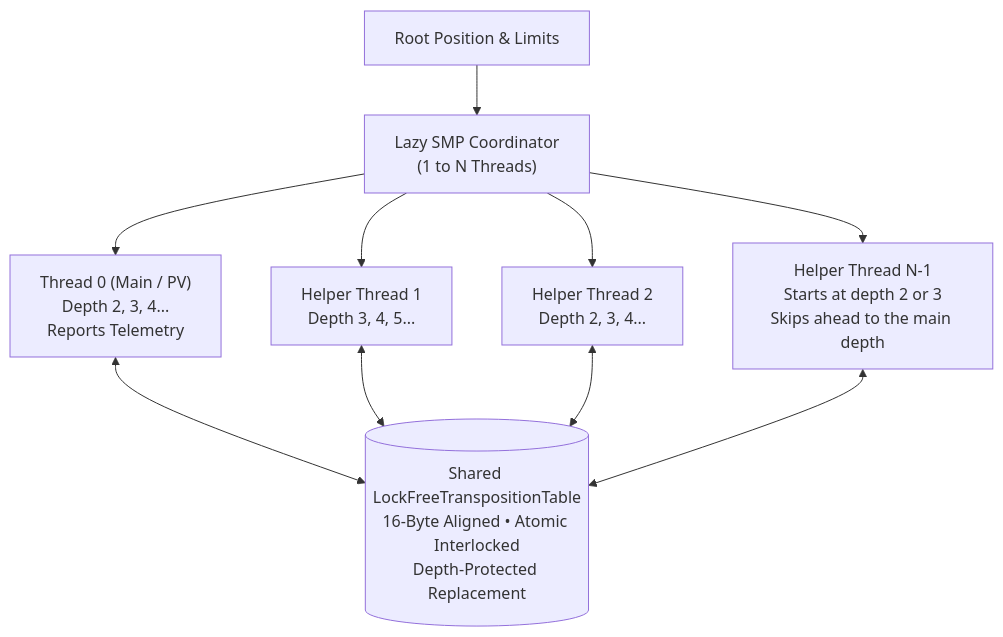
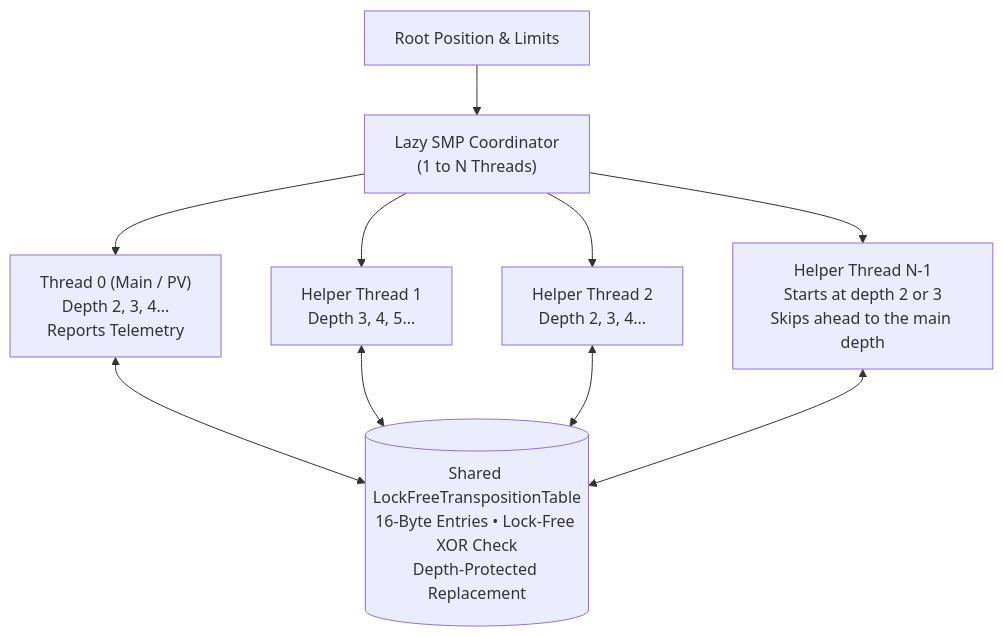
The third of 4 diagrams in docs/brain/08-midgame-search.md (cjp-dev/Gomoku), drawn with Mermaid before and after one commit. The commit also changed other lines of this file and 17 other files, not shown here.

````diff
--- a/docs/brain/08-midgame-search.md
+++ b/docs/brain/08-midgame-search.md
@@ -208,13 +270,13 @@
 ```mermaid
 flowchart TD
     Root["Root Position &amp; Limits"] --> Dispatch["Lazy SMP Coordinator<br/>(1 to N Threads)"]
     Dispatch --> T0["Thread 0 (Main / PV)<br/>Depth 2, 3, 4...<br/>Reports Telemetry"]
     Dispatch --> T1["Helper Thread 1<br/>Depth 3, 4, 5..."]
     Dispatch --> T2["Helper Thread 2<br/>Depth 2, 3, 4..."]
     Dispatch --> TN["Helper Thread N-1<br/>Starts at depth 2 or 3<br/>Skips ahead to the main depth"]
 
-    T0 <--> TT[("Shared LockFreeTranspositionTable<br/>16-Byte Aligned • Atomic Interlocked<br/>Depth-Protected Replacement")]
+    T0 <--> TT[("Shared LockFreeTranspositionTable<br/>16-Byte Entries • Lock-Free XOR Check<br/>Depth-Protected Replacement")]
     T1 <--> TT
     T2 <--> TT
     TN <--> TT
 ```
````
